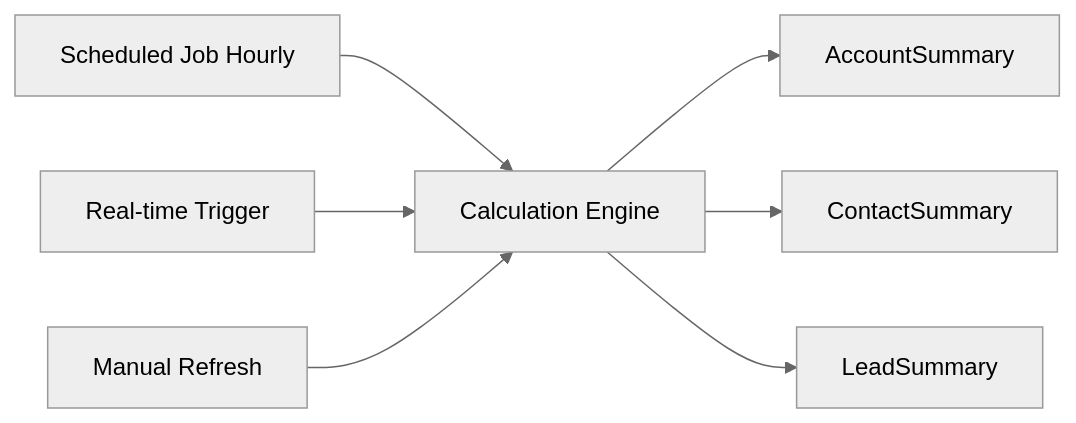
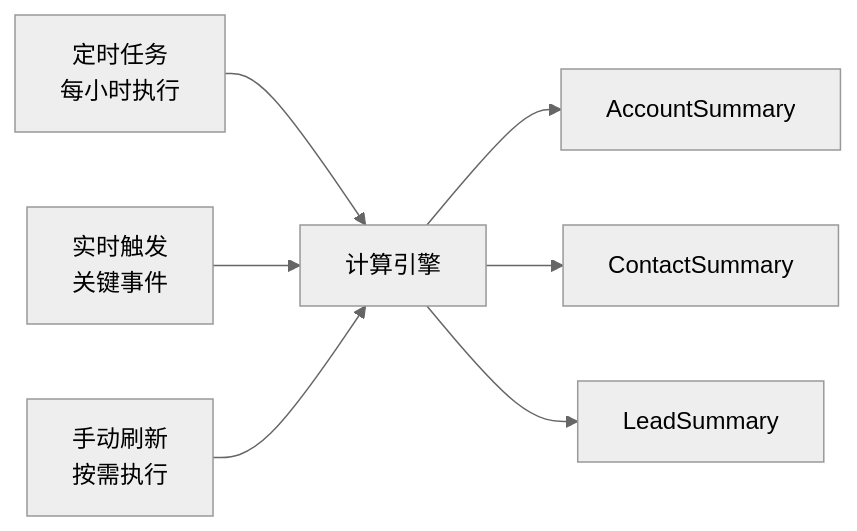
Before and after one commit to 312268112/advanced-java: diagram 25 of 25 in docs/b2b-cdp-entity-design.md, drawn with Mermaid (neutral theme). The commit also changed other lines of this file, not shown here.

````diff
--- a/docs/b2b-cdp-entity-design.md
+++ b/docs/b2b-cdp-entity-design.md
@@ -899,10 +906,10 @@
 ```mermaid
 flowchart LR
-    T1[Scheduled Job Hourly] --> Engine[Calculation Engine]
-    T2[Real-time Trigger] --> Engine
-    T3[Manual Refresh] --> Engine
+    定时任务[定时任务<br/>每小时执行] --> 计算引擎[计算引擎]
+    实时触发[实时触发<br/>关键事件] --> 计算引擎
+    手动刷新[手动刷新<br/>按需执行] --> 计算引擎
     
-    Engine --> S1[AccountSummary]
-    Engine --> S2[ContactSummary]
-    Engine --> S3[LeadSummary]
+    计算引擎 --> 企业汇总[AccountSummary]
+    计算引擎 --> 联系人汇总[ContactSummary]
+    计算引擎 --> 线索汇总[LeadSummary]
 ```
````
